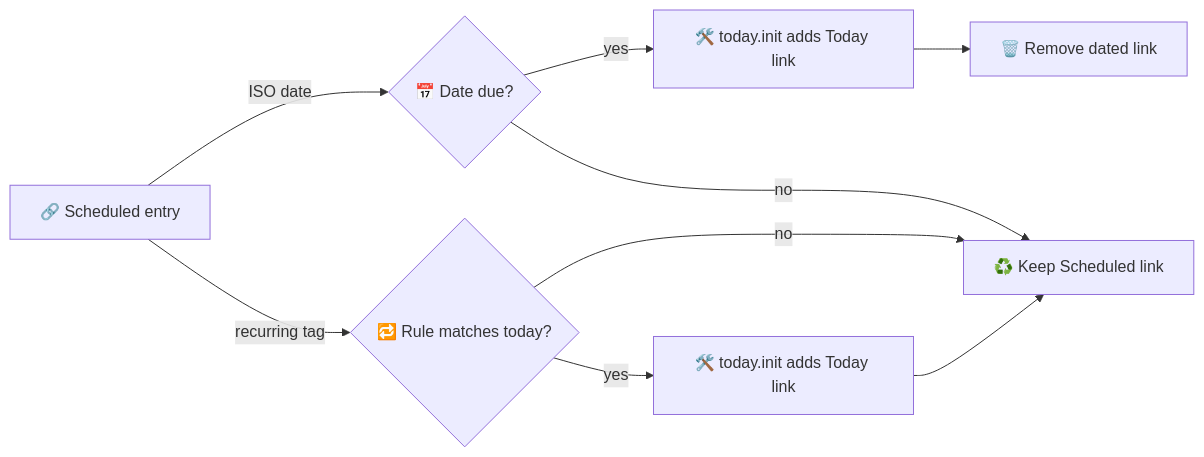
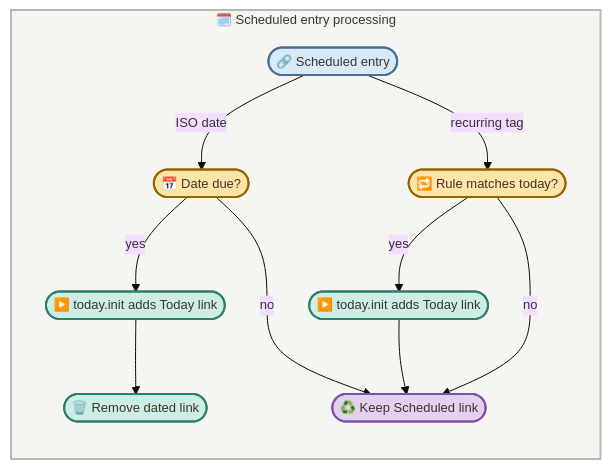
Before and after one commit to enogrob/project-today-manager: the third of 3 diagrams in README.md, drawn with Mermaid. The commit also changed other lines of this file, not shown here.

````diff
--- a/README.md
+++ b/README.md
@@ -114,20 +120,32 @@
 ```mermaid
+%%{init: {"theme": "base", "themeVariables": {"fontSize": "13px"}, "flowchart": {"wrappingWidth": 200, "minNodeWidth": 0, "padding": 8}}}%%
 flowchart LR
-  entry["🔗 Scheduled entry"]
-  dueDate{"📅 Date due?"}
-  recurrenceMatch{"🔁 Rule matches today?"}
-  activateDate["🛠️ today.init adds Today link"]
-  removeDate["🗑️ Remove dated link"]
-  activateRecurring["🛠️ today.init adds Today link"]
-  keepScheduled["♻️ Keep Scheduled link"]
+  subgraph processing["🗓️ Scheduled entry processing"]
+    entry(["🔗 Scheduled entry"])
+    dueDate(["📅 Date due?"])
+    recurrenceMatch(["🔁 Rule matches today?"])
+    activateDate(["▶️ today.init adds Today link"])
+    removeDate(["🗑️ Remove dated link"])
+    activateRecurring(["▶️ today.init adds Today link"])
+    keepScheduled(["♻️ Keep Scheduled link"])
+  end
 
   entry -->|ISO date| dueDate
   entry -->|recurring tag| recurrenceMatch
   dueDate -->|yes| activateDate
   dueDate -->|no| keepScheduled
   activateDate --> removeDate
   recurrenceMatch -->|yes| activateRecurring
   recurrenceMatch -->|no| keepScheduled
   activateRecurring --> keepScheduled
 
+  classDef entry fill:#D6EAF8,stroke:#496F91,color:#3E342C,stroke-width:2px;
+  classDef condition fill:#FFE4A8,stroke:#936600,color:#3E342C,stroke-width:2px;
+  classDef action fill:#CDEEE4,stroke:#317C6B,color:#3E342C,stroke-width:2px;
+  classDef ongoing fill:#E3D1F2,stroke:#8050A1,color:#3E342C,stroke-width:2px;
+  class entry entry;
+  class dueDate,recurrenceMatch condition;
+  class activateDate,removeDate,activateRecurring action;
+  class keepScheduled ongoing;
+  style processing fill:#F5F5F2,stroke:#B8BAB4,color:#3E342C,stroke-width:2px;
 ```
````
